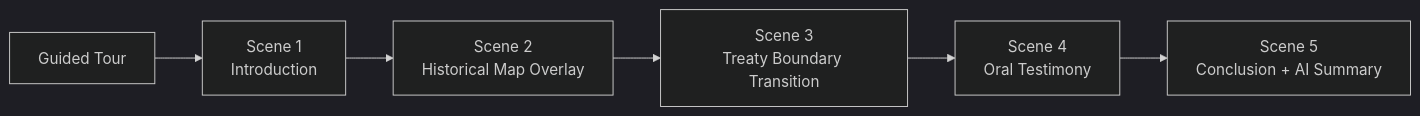
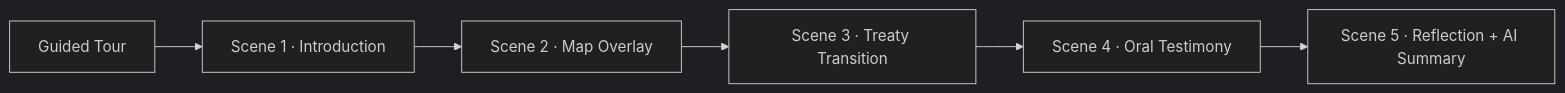
Before and after one commit to bartytime4life/Kansas-Frontier-Matrix: the second of 2 diagrams in docs/design/storytelling.md, drawn with Mermaid (dark theme). The commit also changed other lines of this file, not shown here.

````diff
--- a/docs/design/storytelling.md
+++ b/docs/design/storytelling.md
@@ -70,8 +107,8 @@
 ```mermaid
 flowchart LR
-    A["Guided Tour"] --> B["Scene 1\nIntroduction"]
-    B --> C["Scene 2\nHistorical Map Overlay"]
-    C --> D["Scene 3\nTreaty Boundary Transition"]
-    D --> E["Scene 4\nOral Testimony"]
-    E --> F["Scene 5\nConclusion + AI Summary"]
+    A["Guided Tour"] --> B["Scene 1 · Introduction"]
+    B --> C["Scene 2 · Map Overlay"]
+    C --> D["Scene 3 · Treaty Transition"]
+    D --> E["Scene 4 · Oral Testimony"]
+    E --> F["Scene 5 · Reflection + AI Summary"]
 ```
````
